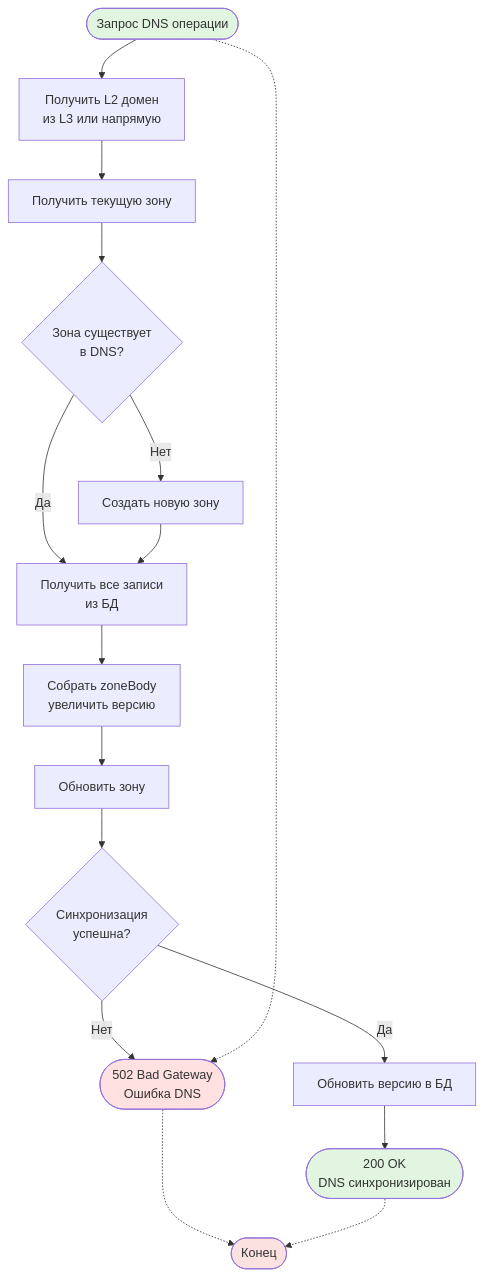
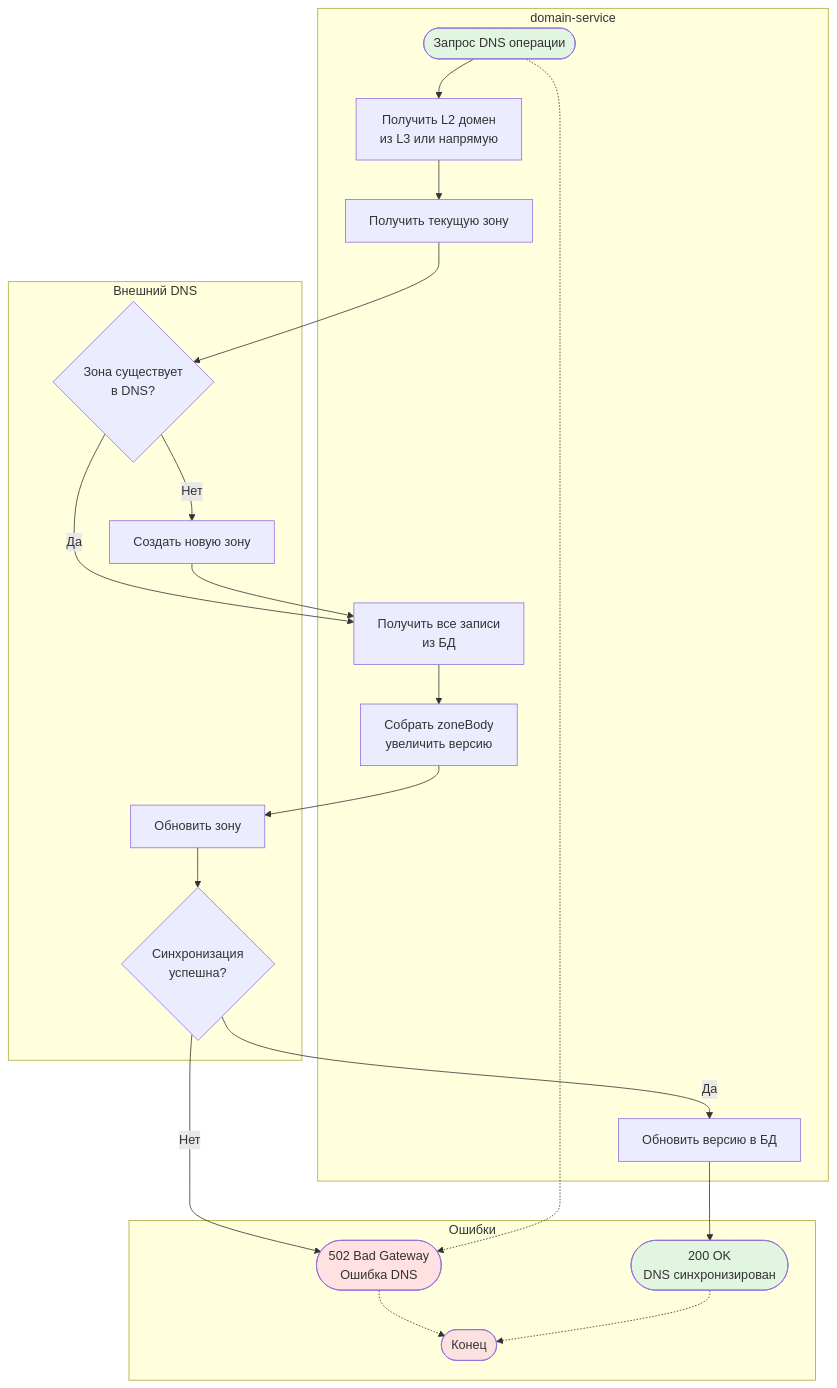
The seventh of 11 diagrams in domain-service/README.md (PawKorchagin/hrofos-domain-register), drawn with Mermaid before and after one commit. The commit also changed other lines of this file and 7 other files, not shown here.

````diff
--- a/domain-service/README.md
+++ b/domain-service/README.md
@@ -399,31 +431,54 @@
 ```mermaid
-flowchart TD
-    Start([Запрос DNS операции]) --> ExtractL2[Получить L2 домен<br/>из L3 или напрямую]
+flowchart TB
+    subgraph DomainLane["         domain-service"]
+        Start([Запрос DNS операции])
+        ExtractL2[Получить L2 домен<br/>из L3 или напрямую]
+        GetZone[Получить текущую зону]
+        GetAllRecords[Получить все записи<br/>из БД]
+        BuildZone[Собрать zoneBody<br/>увеличить версию]
+        UpdateVersion[Обновить версию в БД]
+    end
 
-    ExtractL2 --> GetZone[Получить текущую зону]
-    GetZone --> ZoneExists{Зона существует<br/>в DNS?}
+    subgraph DnsLane["         Внешний DNS"]
+        ZoneExists{Зона существует<br/>в DNS?}
+        CreateZone[Создать новую зону]
+        ReplaceZone[Обновить зону]
+        SyncSuccess{Синхронизация<br/>успешна?}
+    end
 
-    ZoneExists -- Нет --> CreateZone[Создать новую зону]
-    ZoneExists -- Да --> GetAllRecords[Получить все записи<br/>из БД]
+    subgraph ErrorLane["         Ошибки"]
+        Return502([502 Bad Gateway<br/>Ошибка DNS])
+        Return200([200 OK<br/>DNS синхронизирован])
+        End([Конец])
+    end
+
+    Start --> ExtractL2
+
+    ExtractL2 --> GetZone
+    GetZone --> ZoneExists
+
+    ZoneExists -- Нет --> CreateZone
+    ZoneExists -- Да --> GetAllRecords
 
     CreateZone --> GetAllRecords
 
-    GetAllRecords --> BuildZone[Собрать zoneBody<br/>увеличить версию]
+    GetAllRecords --> BuildZone
 
-    BuildZone --> ReplaceZone[Обновить зону]
-    ReplaceZone --> SyncSuccess{Синхронизация<br/>успешна?}
+    BuildZone --> ReplaceZone
 
-    SyncSuccess -- Нет --> Return502([502 Bad Gateway<br/>Ошибка DNS])
-    SyncSuccess -- Да --> UpdateVersion[Обновить версию в БД]
+    ReplaceZone --> SyncSuccess
 
-    UpdateVersion --> Return200([200 OK<br/>DNS синхронизирован])
+    SyncSuccess -- Нет --> Return502
+    SyncSuccess -- Да --> UpdateVersion
+
+    UpdateVersion --> Return200
 
     Start -.-> Return502
-    Return502 -.-> End([Конец])
+    Return502 -.-> End
     Return200 -.-> End
 
     style Start fill:#e1f5e1
     style End fill:#fce1e1
     style Return200 fill:#e1f5e1
     style Return502 fill:#ffe1e1
 ```
````
